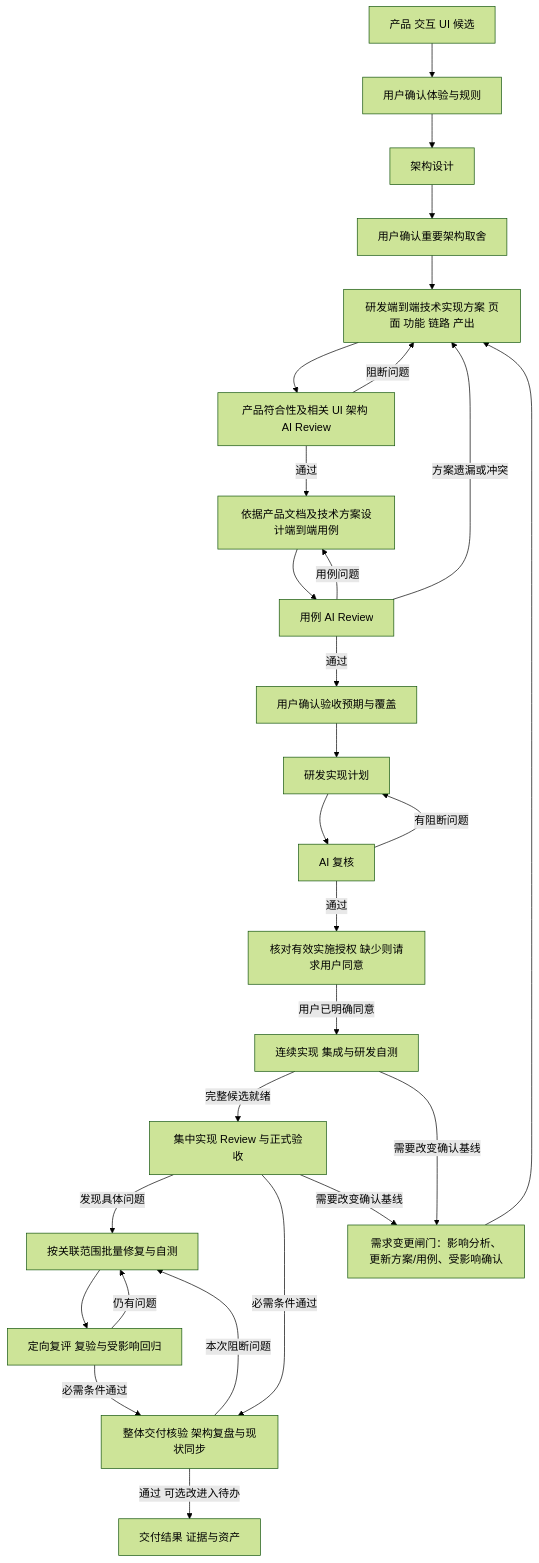
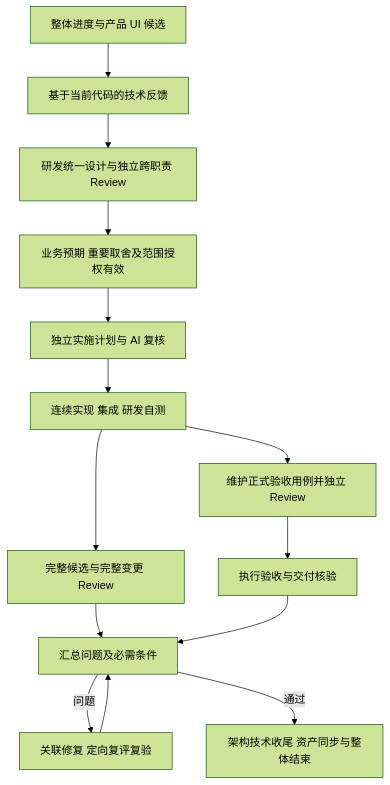
One commit to guoshencheng/dev-flow changed the diagram in skills/dev-flow/references/execution-contract.md. Above: the diagram before and after it, drawn with Mermaid (forest theme). The commit also changed other lines of this file and 126 other files, not shown here.

````diff
--- a/skills/dev-flow/references/execution-contract.md
+++ b/skills/dev-flow/references/execution-contract.md
@@ -117,30 +82,16 @@
 ```mermaid
 flowchart TD
-    A[产品 交互 UI 候选] --> B[用户确认体验与规则]
-    B --> C[架构设计]
-    C --> D[用户确认重要架构取舍]
-    D --> P[研发端到端技术实现方案 页面 功能 链路 产出]
-    P --> Q[产品符合性及相关 UI 架构 AI Review]
-    Q -->|阻断问题| P
-    Q -->|通过| E[依据产品文档及技术方案设计端到端用例]
-    E --> R[用例 AI Review]
-    R -->|用例问题| E
-    R -->|方案遗漏或冲突| P
-    R -->|通过| F[用户确认验收预期与覆盖]
-    F --> G[研发实现计划]
-    G --> H[AI 复核]
-    H -->|有阻断问题| G
-    H -->|通过| S[核对有效实施授权 缺少则请求用户同意]
-    S -->|用户已明确同意| I[连续实现 集成与研发自测]
-    I -->|完整候选就绪| J[集中实现 Review 与正式验收]
-    J -->|发现具体问题| K[按关联范围批量修复与自测]
-    K --> L[定向复评 复验与受影响回归]
-    L -->|仍有问题| K
-    J -->|必需条件通过| O[整体交付核验 架构复盘与现状同步]
-    L -->|必需条件通过| O
-    O -->|本次阻断问题| K
-    O -->|通过 可选改进入待办| M[交付结果 证据与资产]
-    I -->|需要改变确认基线| N[需求变更闸门：影响分析、更新方案/用例、受影响确认]
-    J -->|需要改变确认基线| N
-    N --> P
+    A[整体进度与产品 UI 候选] --> B[基于当前代码的技术反馈]
+    B --> C[研发统一设计与独立跨职责 Review]
+    C --> D[业务预期 重要取舍及范围授权有效]
+    D --> E[独立实施计划与 AI 复核]
+    E --> F[连续实现 集成 研发自测]
+    F --> G[完整候选与完整变更 Review]
+    F --> H[维护正式验收用例并独立 Review]
+    H --> I[执行验收与交付核验]
+    G --> J[汇总问题及必需条件]
+    I --> J
+    J -->|问题| K[关联修复 定向复评复验]
+    K --> J
+    J -->|通过| L[架构技术收尾 资产同步与整体结束]
 ```
````
